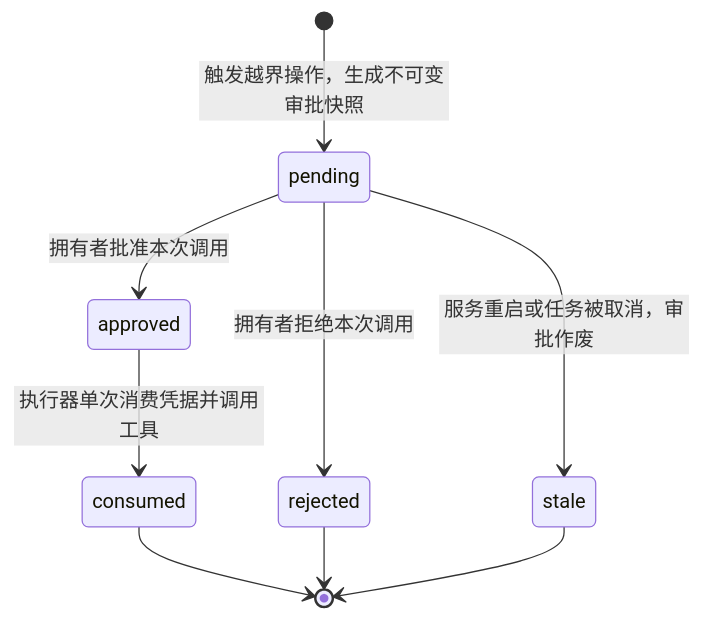
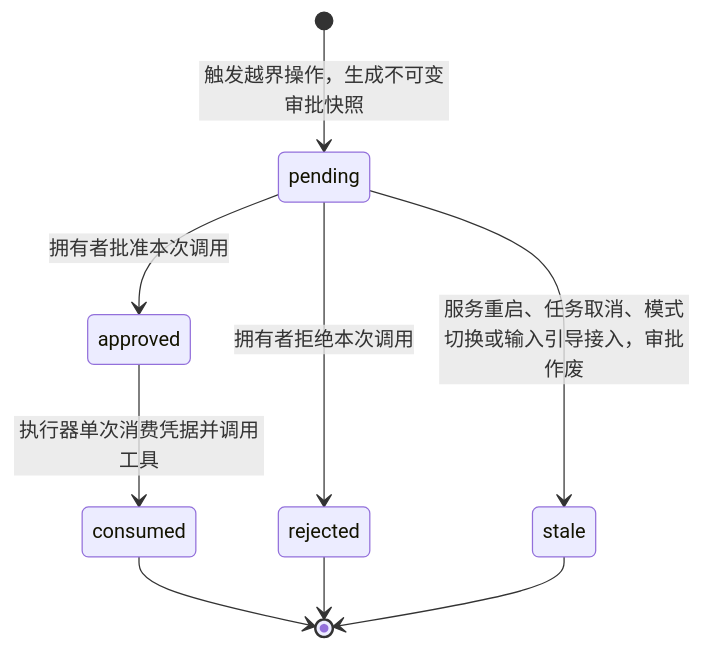
The first of 2 diagrams in docs/modules/agent-tools.md (num-lab/Ruukoto), drawn with Mermaid before and after one commit. The commit also changed 80 other files, not shown here.

````diff
--- a/docs/modules/agent-tools.md
+++ b/docs/modules/agent-tools.md
@@ -48,11 +48,11 @@
 ```mermaid
 stateDiagram-v2
   [*] --> pending: 触发越界操作，生成不可变审批快照
   pending --> approved: 拥有者批准本次调用
   pending --> rejected: 拥有者拒绝本次调用
-  pending --> stale: 服务重启或任务被取消，审批作废
+  pending --> stale: 服务重启、任务取消、模式切换或输入引导接入，审批作废
   approved --> consumed: 执行器单次消费凭据并调用工具
   consumed --> [*]
   rejected --> [*]
   stale --> [*]
 ```
````
